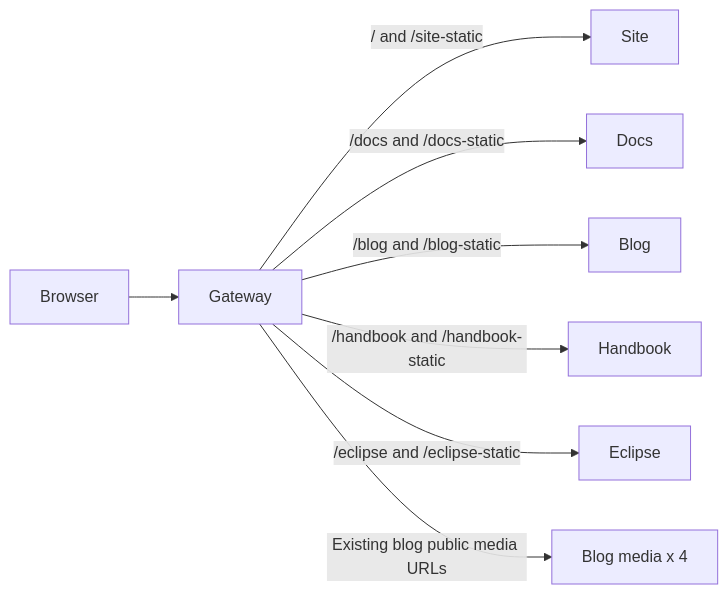
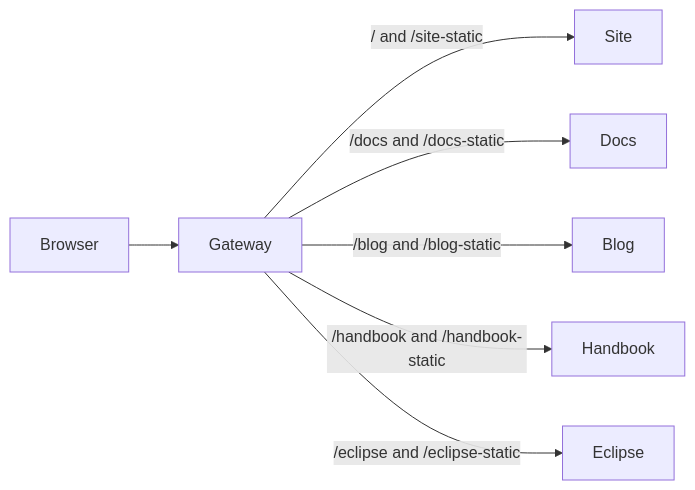
One commit to prisma/web changed the diagram in COMPOSER.md. Above: the diagram before and after it, drawn with Mermaid. The commit also changed other lines of this file and 27 other files, not shown here.

Commit message:
Adopt 768 MiB uploads and consolidate blog media

````diff
--- a/COMPOSER.md
+++ b/COMPOSER.md
@@ -9,10 +9,9 @@
 ```mermaid
 flowchart LR
   browser[Browser] --> gateway[Gateway]
   gateway -->|"/ and /site-static"| site[Site]
   gateway -->|"/docs and /docs-static"| docs[Docs]
   gateway -->|"/blog and /blog-static"| blog[Blog]
   gateway -->|"/handbook and /handbook-static"| handbook[Handbook]
   gateway -->|"/eclipse and /eclipse-static"| eclipse[Eclipse]
-  gateway -->|"Existing blog public media URLs"| media[Blog media x 4]
 ```
````
